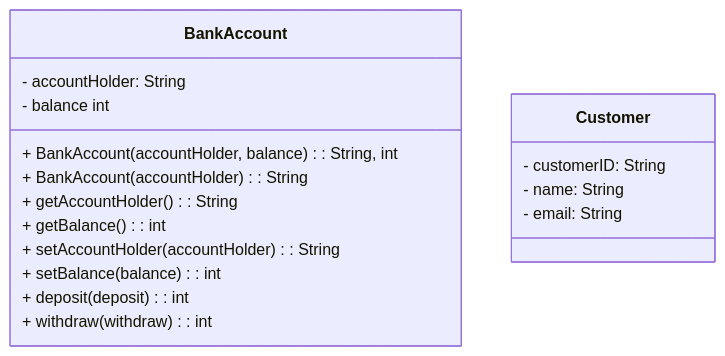
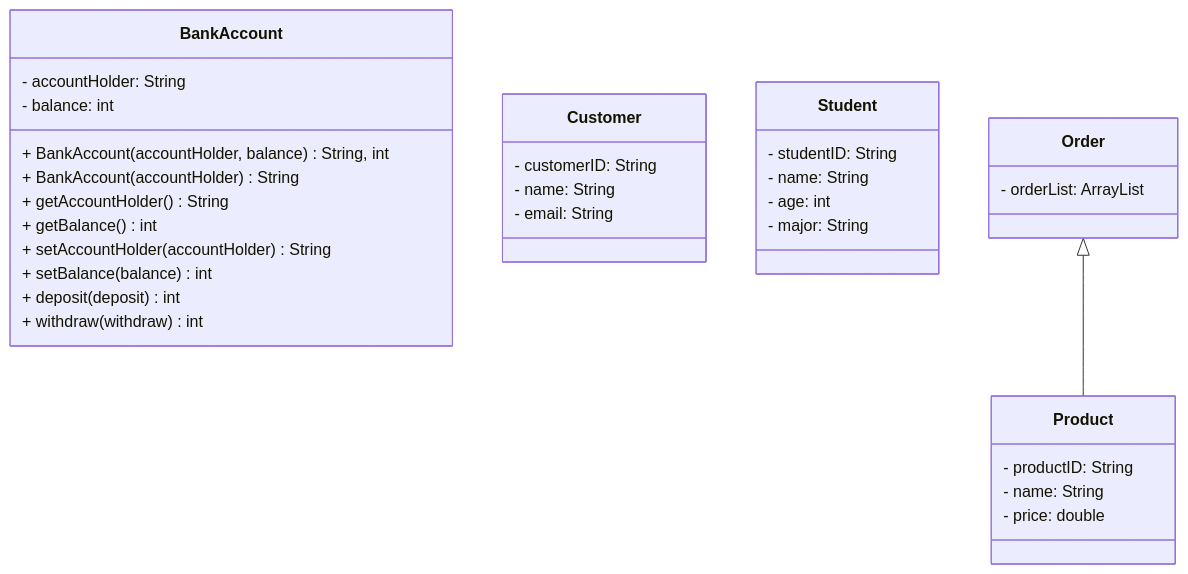
The diagram in UMLDiagram.md (HansMalm/Exercises_7_OOP1), drawn with Mermaid before and after one commit.

Commit message:
modify UMLDiagram.md file
add customer, student, product, order class diagrams

````diff
--- a/UMLDiagram.md
+++ b/UMLDiagram.md
@@ -2,21 +2,40 @@
 ```mermaid
 classDiagram
     class BankAccount {
         - accountHolder: String
-        - balance int
-        + BankAccount(accountHolder, balance): String, int
-        + BankAccount(accountHolder): String
-        + getAccountHolder(): String
-        + getBalance(): int
-        + setAccountHolder(accountHolder): String
-        + setBalance(balance): int
-        + deposit(deposit): int
-        + withdraw(withdraw): int
+        - balance: int
+        + BankAccount(accountHolder, balance) String, int
+        + BankAccount(accountHolder) String
+        + getAccountHolder() String
+        + getBalance() int
+        + setAccountHolder(accountHolder) String
+        + setBalance(balance) int
+        + deposit(deposit) int
+        + withdraw(withdraw) int
     }
     
     class Customer {
     	- customerID: String
     	- name: String
     	- email: String
     }
+    
+    class Student {
+        - studentID: String
+        - name: String
+        - age: int
+        - major: String
+    }
+    
+    class Product {
+        - productID: String
+        - name: String
+        - price: double
+    }
+    
+    class Order {
+        - orderList: ArrayList
+    }
+    
+    Order <|-- Product
 ```
````
